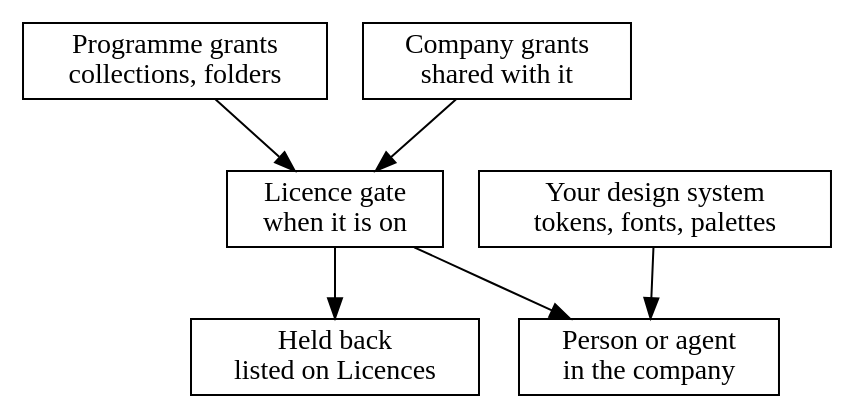
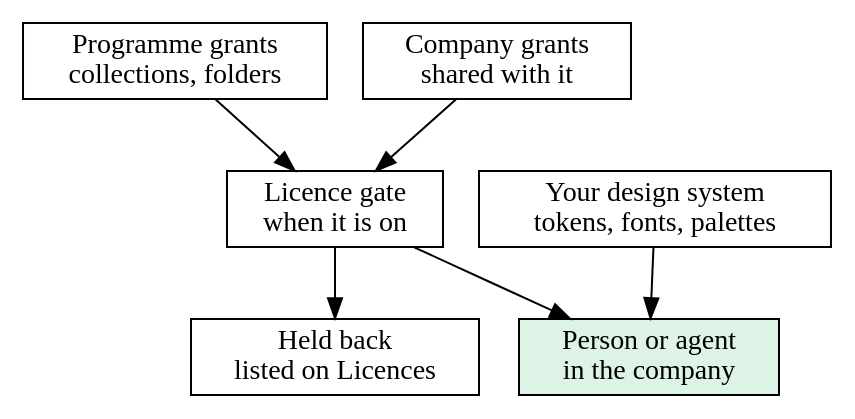
Before and after one commit to lolly-tools/lolly: the diagram in docs/diagram-sources/work-partners/what-reaches-a-partner.dot, drawn with Graphviz. The commit also changed 13 other files, not shown here.

First line of the commit message:
docs(work): partner diagrams take the docs greens and drop their own titles

```diff
--- a/docs/diagram-sources/work-partners/what-reaches-a-partner.dot
+++ b/docs/diagram-sources/work-partners/what-reaches-a-partner.dot
@@ -1,15 +1,15 @@
 digraph what_reaches_a_partner {
   rankdir=TB
   node [shape=box]
   programme [label="Programme grants\ncollections, folders"]
   company [label="Company grants\nshared with it"]
   system [label="Your design system\ntokens, fonts, palettes"]
   gate [label="Licence gate\nwhen it is on"]
   held [label="Held back\nlisted on Licences"]
-  partner [label="Person or agent\nin the company"]
+  partner [label="Person or agent\nin the company", style=filled, fillcolor="#dcf3e6"]
   programme -> gate
   company -> gate
   gate -> held
   gate -> partner
   system -> partner
 }
```
